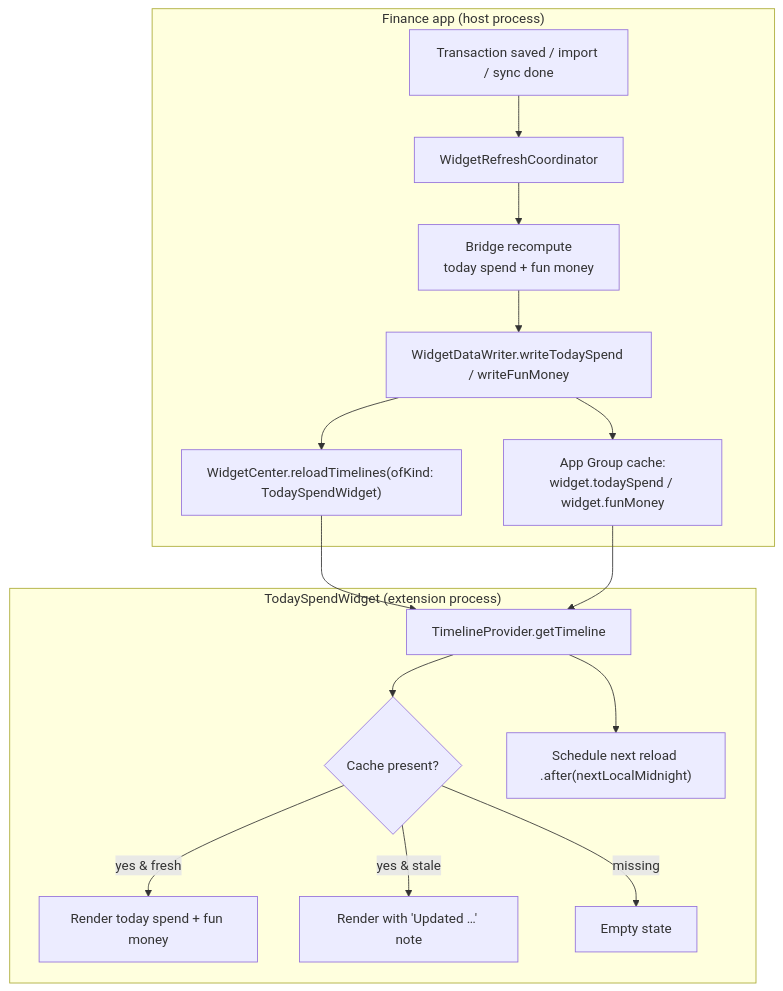
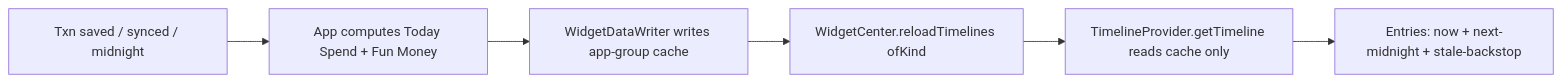
One commit to jrmoulckers/finance changed the diagram in docs/design/ios-today-spend-funmoney-widget.md. Above: the diagram before and after it, drawn with Mermaid. The commit also changed other lines of this file, not shown here.

First line of the commit message:
docs(design): iOS Today Spend / Fun Money widget + freshness & redaction (#2159)

````diff
--- a/docs/design/ios-today-spend-funmoney-widget.md
+++ b/docs/design/ios-today-spend-funmoney-widget.md
@@ -153,19 +273,8 @@
 ```mermaid
-flowchart TD
-    subgraph App["Finance app (host process)"]
-        A[Transaction saved / import / sync done] --> B[WidgetRefreshCoordinator]
-        B --> C[Bridge recompute<br/>today spend + fun money]
-        C --> D[WidgetDataWriter.writeTodaySpend / writeFunMoney]
-        D --> E[App Group cache:<br/>widget.todaySpend / widget.funMoney]
-        D --> F["WidgetCenter.reloadTimelines(ofKind: TodaySpendWidget)"]
-    end
-    subgraph Widget["TodaySpendWidget (extension process)"]
-        F --> G[TimelineProvider.getTimeline]
-        E --> G
-        G --> H{Cache present?}
-        H -->|yes & fresh| I[Render today spend + fun money]
-        H -->|yes & stale| J[Render with 'Updated …' note]
-        H -->|missing| K[Empty state]
-        G --> L["Schedule next reload .after(nextLocalMidnight)"]
-    end
+flowchart LR
+  A[Txn saved / synced / midnight] --> B[App computes Today Spend + Fun Money]
+  B --> C[WidgetDataWriter writes app-group cache]
+  C --> D[WidgetCenter.reloadTimelines ofKind]
+  D --> E[TimelineProvider.getTimeline reads cache only]
+  E --> F[Entries: now + next-midnight + stale-backstop]
 ```
````
